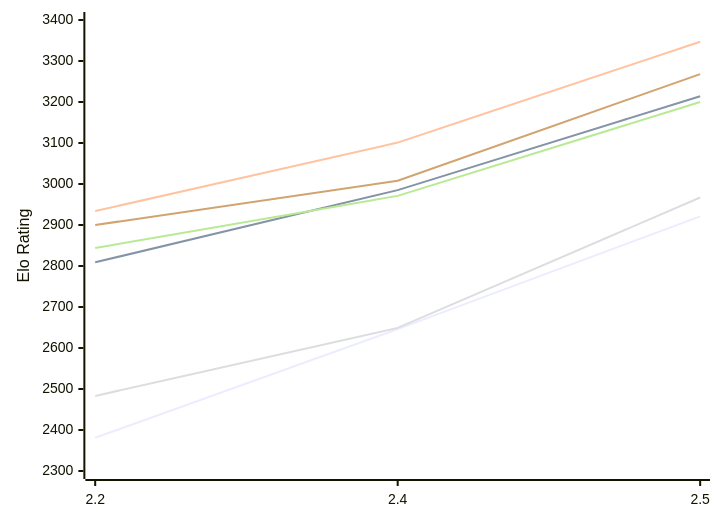
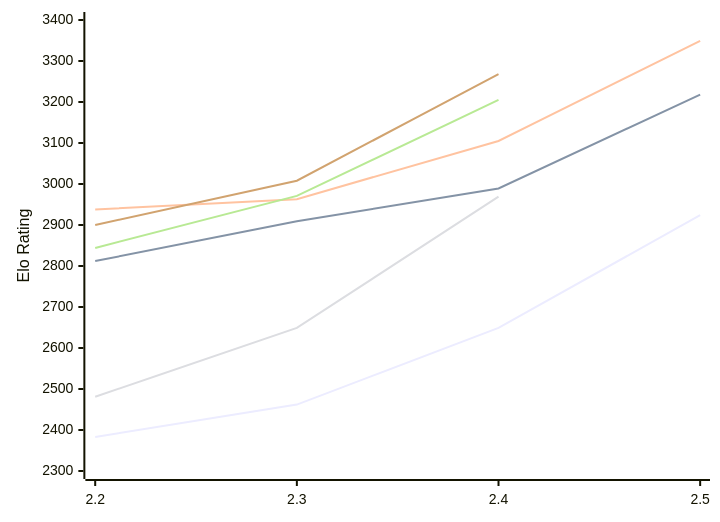
One commit to computer-chess-index/cci changed the first of 2 diagrams in engines/Sloth.md. Above: the diagram before and after it, drawn with Mermaid. The commit also changed other lines of this file, not shown here.

Commit message:
Update CCI Ratings (ELO VLTC) - 2026-11-22

````diff
--- a/engines/Sloth.md
+++ b/engines/Sloth.md
@@ -52,12 +53,12 @@
 ```mermaid
 %%{init: {"theme":"base","themeVariables":{"seriesColors:['#a3a3a3','#222221','#faa371']}}}%%
 xychart-beta
-  x-axis ["2.2", "2.4", "2.5"]
+  x-axis ["2.2", "2.3", "2.4", "2.5"]
   y-axis "Elo Rating" 2300 --> 3400
-  line "E1: STC (8.0+0.08s)" [2381, 2646, 2921]
-  line "E1: LTC (60.0+0.60s)" [2809, 2985, 3214]
-  line "E1: VLTC (2m24s+1.12s)" [2934, 3101, 3347]
-  line "P1: STC (8.0+0.08s)" [2483, 2649, 2967]
-  line "P1: LTC (60.0+0.60s)" [2844, 2971, 3200]
+  line "E1: STC (8.0+0.08s)" [2383, 2462, 2649, 2924]
+  line "E1: LTC (60.0+0.60s)" [2812, 2909, 2989, 3218]
+  line "E1: VLTC (2m24s+1.12s)" [2938, 2963, 3105, 3349]
+  line "P1: STC (8.0+0.08s)" [2481, 2649, 2969]
+  line "P1: LTC (60.0+0.60s)" [2844, 2971, 3205]
   line "P1: VLTC (2m24s+1.12s)" [2900, 3008, 3268]
 ```
````
